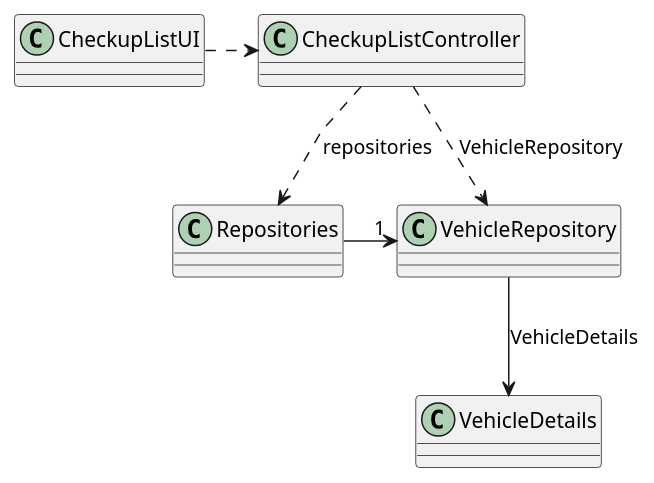
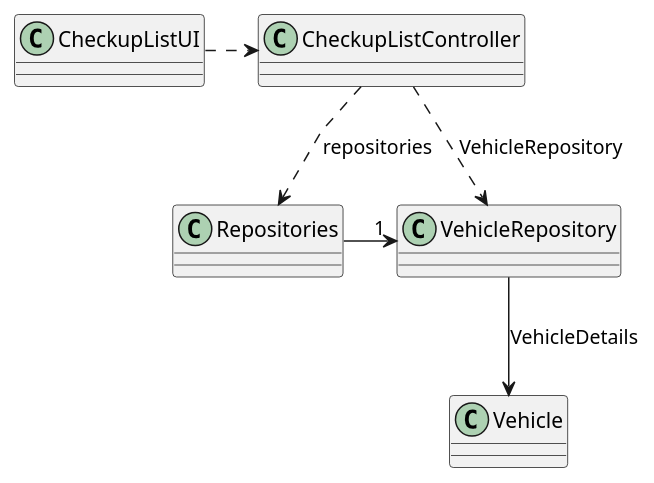
One commit to Departamento-de-Engenharia-Informatica/lei-24-s2-1df-1de-g063 changed the diagram in Sprint B/docs/SprintB/us008/03.design/puml/us008-class-diagram.puml. Above: the diagram before and after it, drawn with PlantUML. The commit also changed 4 other files, not shown here.

Commit message:
Class diagrams US7 US8

```diff
--- a/Sprint B/docs/SprintB/us008/03.design/puml/us008-class-diagram.puml
+++ b/Sprint B/docs/SprintB/us008/03.design/puml/us008-class-diagram.puml
@@ -1,38 +1,38 @@
 @startuml
 'skinparam monochrome true
 skinparam packageStyle rectangle
 skinparam shadowing false
 skinparam linetype polyline
 'skinparam linetype orto
 
 skinparam classAttributeIconSize 0
 
 'left to right direction
 
 class CheckupListUI{
 
 }
 
 class CheckupListController{
 
 }
 
 class Repositories{
 
 }
 
 class VehicleRepository{
 
 }
 
-class VehicleDetails{
+class Vehicle{
 
 }
 
 CheckupListUI .> CheckupListController
 CheckupListController ..> Repositories : repositories
 Repositories -> "1" VehicleRepository
 CheckupListController ..> VehicleRepository : VehicleRepository
-VehicleRepository --> VehicleDetails : VehicleDetails
+VehicleRepository --> Vehicle : VehicleDetails
 
 @enduml
```
